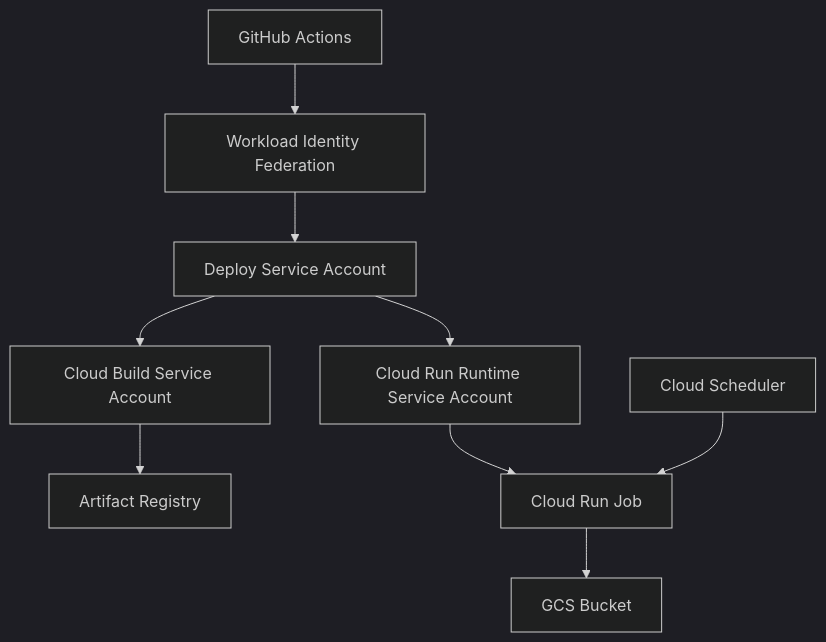
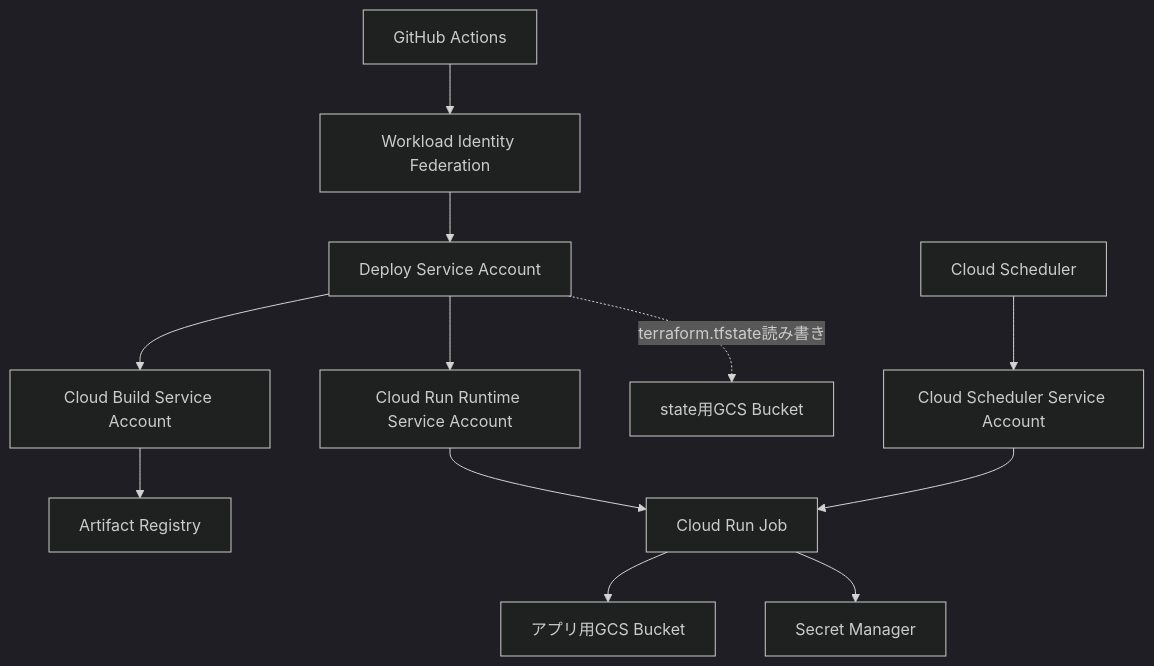
One commit to ht-0328/crypto-autotrading-lab changed the diagram in docs/infrastructure/gcp/development-policy.md. Above: the diagram before and after it, drawn with Mermaid (dark theme).

Commit message:
docs: GCP インフラコード設計書の追加 (Mermaid図修正)
- `docs/infrastructure/gcp/development-policy.md` の全体構成(Mermaid図)を修正
- Cloud Run Job と Secret Manager / アプリ用GCS Bucketの関係を追加
- Terraform実行用 Deploy SA と state用GCS Bucketの関係を追加
- Cloud Scheduler と Scheduler用 SA の関係を追加
- 構成要素の分離と関係をより正確に表現

````diff
--- a/docs/infrastructure/gcp/development-policy.md
+++ b/docs/infrastructure/gcp/development-policy.md
@@ -21,25 +21,31 @@
 ```mermaid
 flowchart TD
     GitHubActions[GitHub Actions]
     WorkloadIdentity[Workload Identity Federation]
     DeploySA[Deploy Service Account]
     CloudBuildSA[Cloud Build Service Account]
     RuntimeSA[Cloud Run Runtime Service Account]
     ArtifactRegistry[Artifact Registry]
     CloudRunJob[Cloud Run Job]
-    GCSBucket[GCS Bucket]
+    AppGCSBucket[アプリ用GCS Bucket]
+    StateGCSBucket[state用GCS Bucket]
+    SecretManager[Secret Manager]
     CloudScheduler[Cloud Scheduler]
+    SchedulerSA[Cloud Scheduler Service Account]
 
     GitHubActions --> WorkloadIdentity
     WorkloadIdentity --> DeploySA
 
     DeploySA --> CloudBuildSA
     DeploySA --> RuntimeSA
+    DeploySA -.->|terraform.tfstate読み書き| StateGCSBucket
 
     CloudBuildSA --> ArtifactRegistry
 
     RuntimeSA --> CloudRunJob
-    CloudRunJob --> GCSBucket
+    CloudRunJob --> AppGCSBucket
+    CloudRunJob --> SecretManager
 
-    CloudScheduler --> CloudRunJob
+    CloudScheduler --> SchedulerSA
+    SchedulerSA --> CloudRunJob
 ```
````
